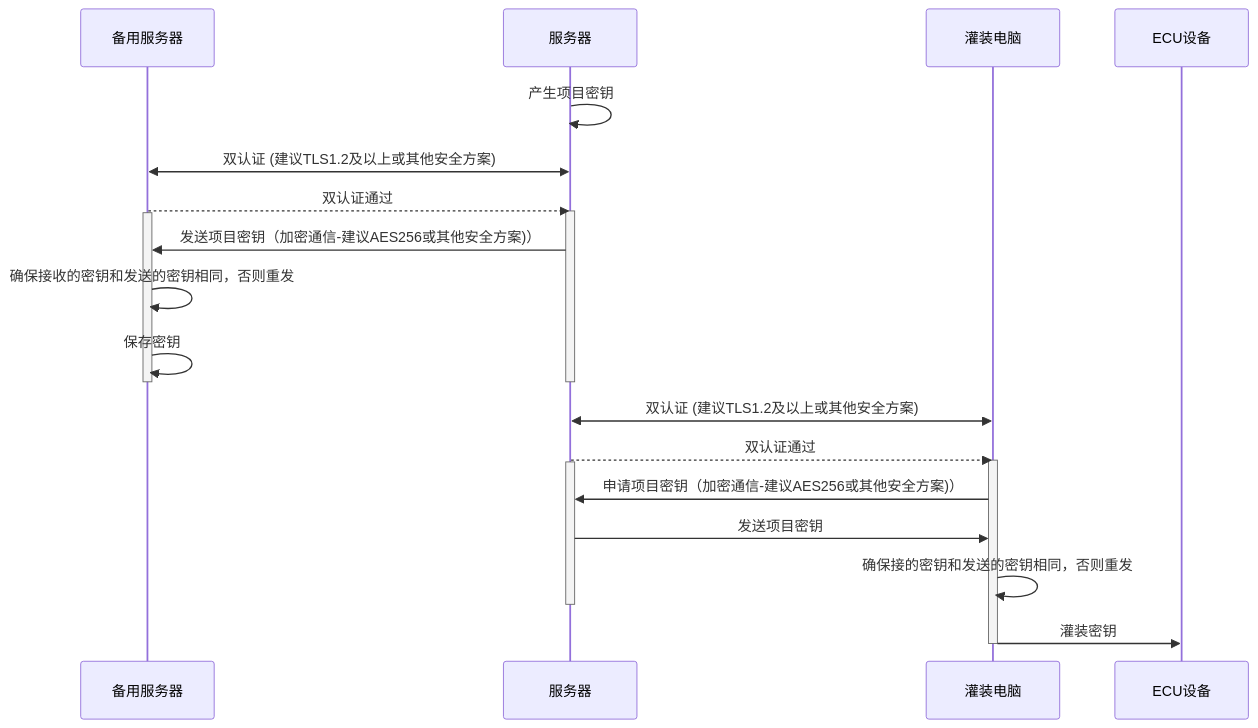
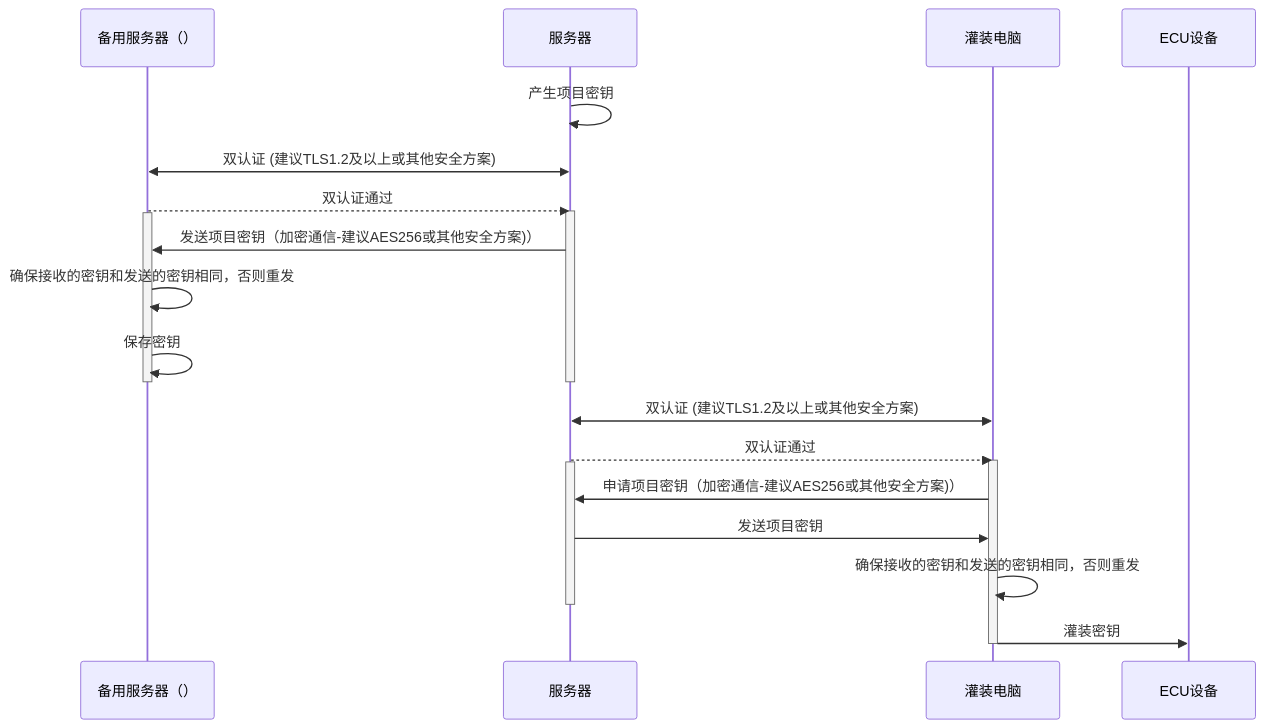
Before and after one commit to facebook-cloud/iodraw-files: the diagram in all/未命名-10.md, drawn with Mermaid.

Commit message:
2026-01-23 14:41:37 update

````diff
--- a/all/未命名-10.md
+++ b/all/未命名-10.md
@@ -1,32 +1,32 @@
 ```mermaid
 sequenceDiagram
-    participant B as 备用服务器
+    participant B as 备用服务器（）
     participant A as 服务器
     participant C as 灌装电脑
     participant D as ECU设备
 
     A->>A: 产生项目密钥
     A<<->>B: 双认证 (建议TLS1.2及以上或其他安全方案)
     B-->>A: 双认证通过
     activate A
     activate B
     A->>B: 发送项目密钥（加密通信-建议AES256或其他安全方案)）
 
     B->>B: 确保接收的密钥和发送的密钥相同，否则重发
     B->>B: 保存密钥
     deactivate B
     deactivate A
 
     C<<->>A: 双认证 (建议TLS1.2及以上或其他安全方案)
     A-->>C: 双认证通过
     activate C
     activate A
     C->>A: 申请项目密钥（加密通信-建议AES256或其他安全方案)）
     A->>C: 发送项目密钥
 
-    C->>C: 确保接的密钥和发送的密钥相同，否则重发
+    C->>C: 确保接收的密钥和发送的密钥相同，否则重发
     deactivate A
     C->>D: 灌装密钥
     deactivate C
 
 ```
````
